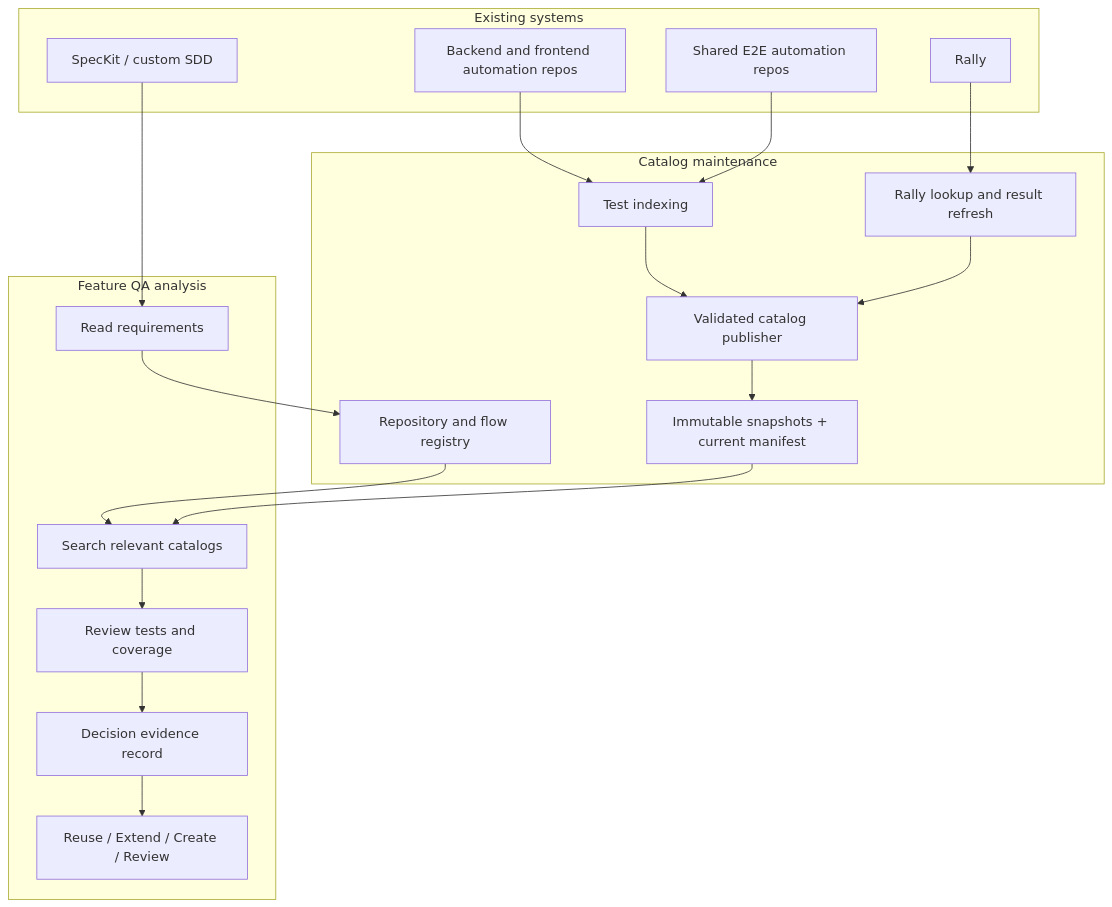
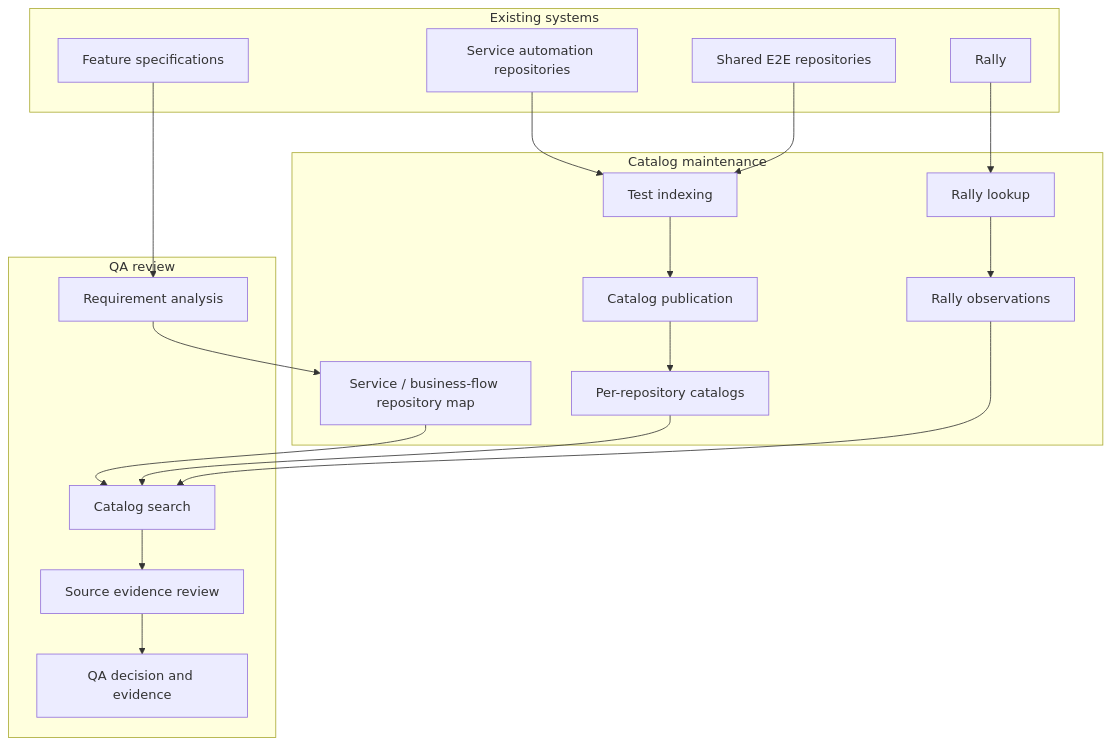
One commit to ghostlives/qa-catalog-indexing-architecture changed the first of 2 diagrams in docs/03-reference-architecture.md. Above: the diagram before and after it, drawn with Mermaid. The commit also changed other lines of this file and 8 other files, not shown here.

````diff
--- a/docs/03-reference-architecture.md
+++ b/docs/03-reference-architecture.md
@@ -9,36 +12,39 @@
 ```mermaid
 flowchart TB
-    subgraph Systems["Existing systems"]
-        A["Backend and frontend automation repos"]
-        E["Shared E2E automation repos"]
+    subgraph Existing["Existing systems"]
+        A["Service automation repositories"]
+        E["Shared E2E repositories"]
         R["Rally"]
-        S["SpecKit / custom SDD"]
+        S["Feature specifications"]
     end
-    subgraph Catalog["Catalog maintenance"]
-        G["Repository and flow registry"]
+
+    subgraph Maintenance["Catalog maintenance"]
         I["Test indexing"]
-        H["Rally lookup and result refresh"]
-        P["Validated catalog publisher"]
-        C["Immutable snapshots + current manifest"]
+        P["Catalog publication"]
+        C["Per-repository catalogs"]
+        H["Rally lookup"]
+        O["Rally observations"]
+        G["Service / business-flow repository map"]
     end
-    subgraph QA["Feature QA analysis"]
-        N["Read requirements"]
-        Q["Search relevant catalogs"]
-        V["Review tests and coverage"]
-        D["Decision evidence record"]
-        O["Reuse / Extend / Create / Review"]
+
+    subgraph Review["QA review"]
+        N["Requirement analysis"]
+        Q["Catalog search"]
+        V["Source evidence review"]
+        D["QA decision and evidence"]
     end
+
     A --> I
     E --> I
     I --> P
+    P --> C
     R --> H
-    H --> P
-    P --> C
+    H --> O
     S --> N
     N --> G
     G --> Q
     C --> Q
+    O --> Q
     Q --> V
     V --> D
-    D --> O
 ```
````
